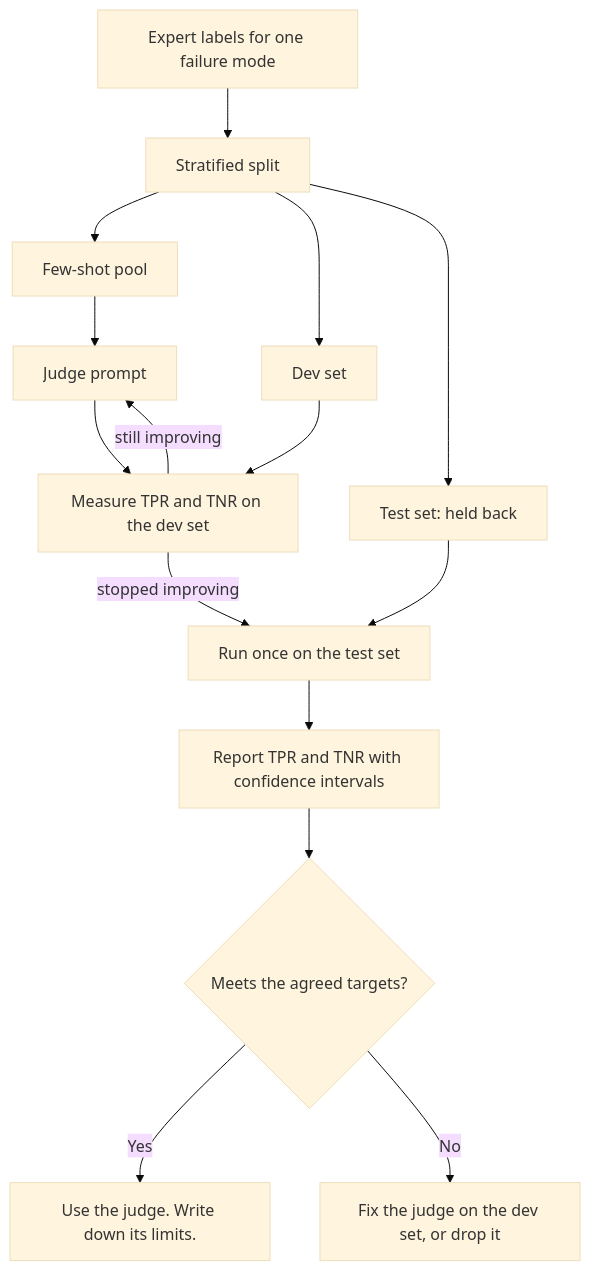
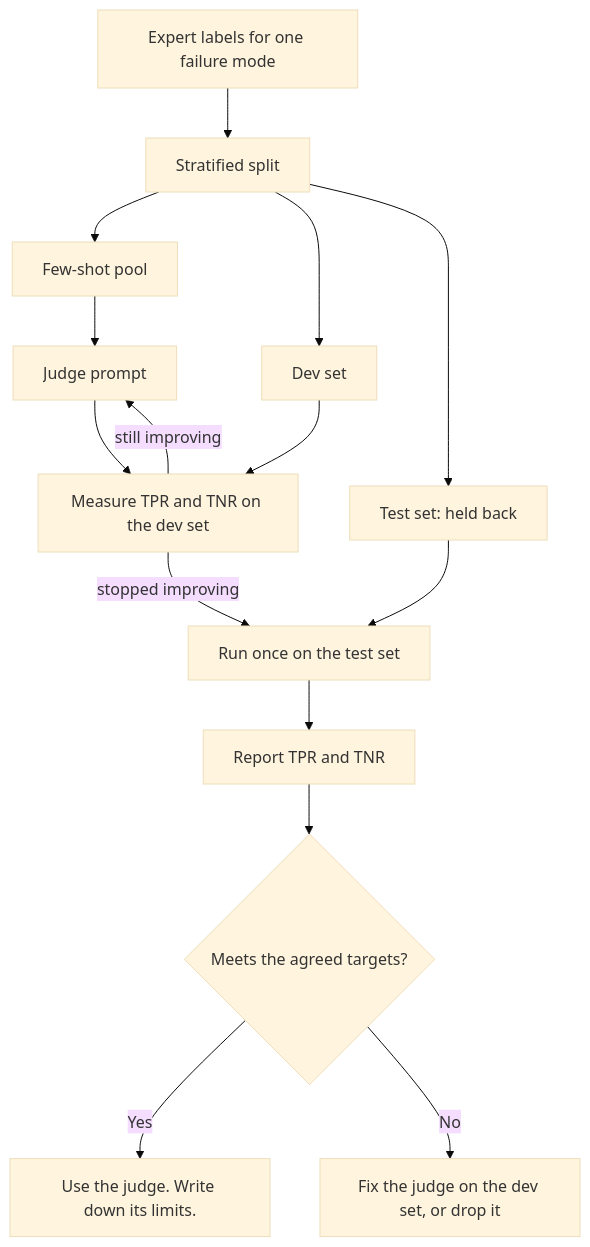
Before and after one commit to elcronos/ai-evals-for-engineers: the diagram in docs/07-validate-judges.md, drawn with Mermaid (base theme). The commit also changed other lines of this file and 7 other files, not shown here.

First line of the commit message:
Make confidence intervals an optional idea

````diff
--- a/docs/07-validate-judges.md
+++ b/docs/07-validate-judges.md
@@ -30,17 +30,17 @@
 ```mermaid
 flowchart TD
     L["Expert labels for one failure mode"] --> S["Stratified split"]
     S --> FS["Few-shot pool"]
     S --> DEV["Dev set"]
     S --> TEST["Test set: held back"]
     FS --> J["Judge prompt"]
     J --> M["Measure TPR and TNR on the dev set"]
     DEV --> M
     M -->|"still improving"| J
     M -->|"stopped improving"| RUN["Run once on the test set"]
     TEST --> RUN
-    RUN --> R["Report TPR and TNR with confidence intervals"]
+    RUN --> R["Report TPR and TNR"]
     R --> OK{"Meets the agreed targets?"}
     OK -->|"Yes"| USE["Use the judge. Write down its limits."]
     OK -->|"No"| FIX["Fix the judge on the dev set, or drop it"]
 ```
````
